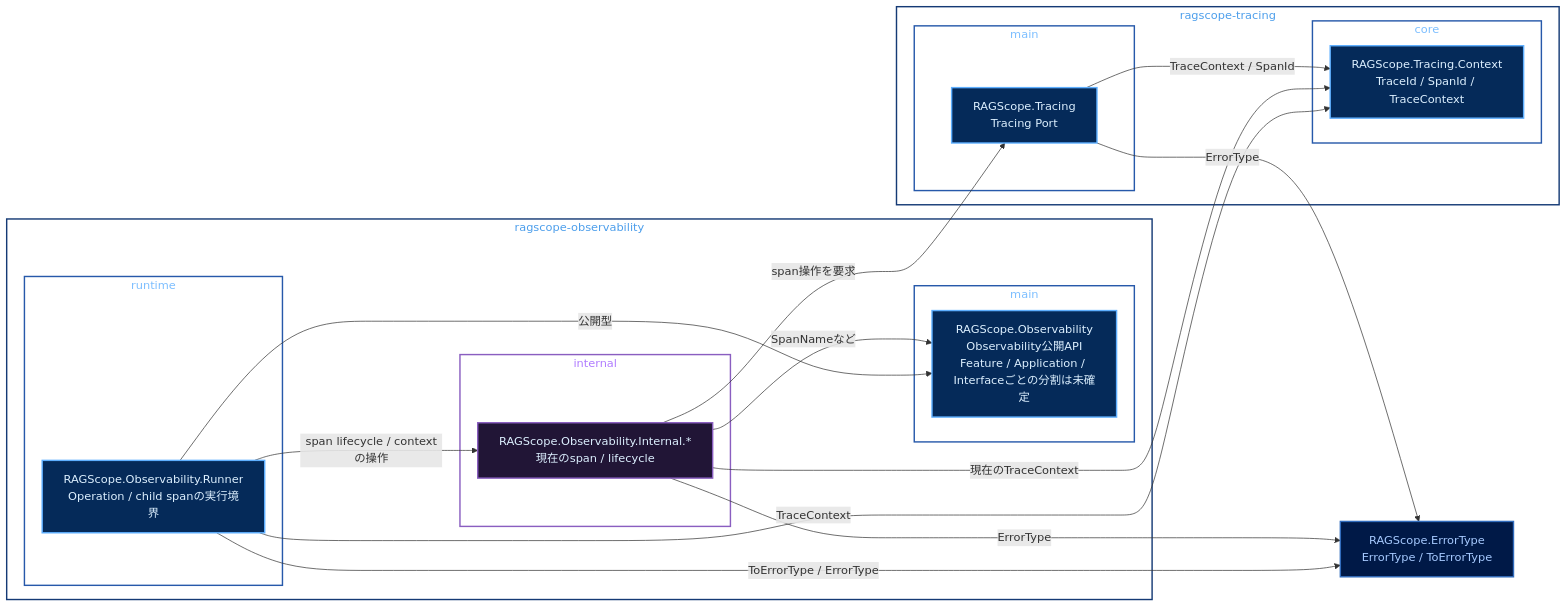
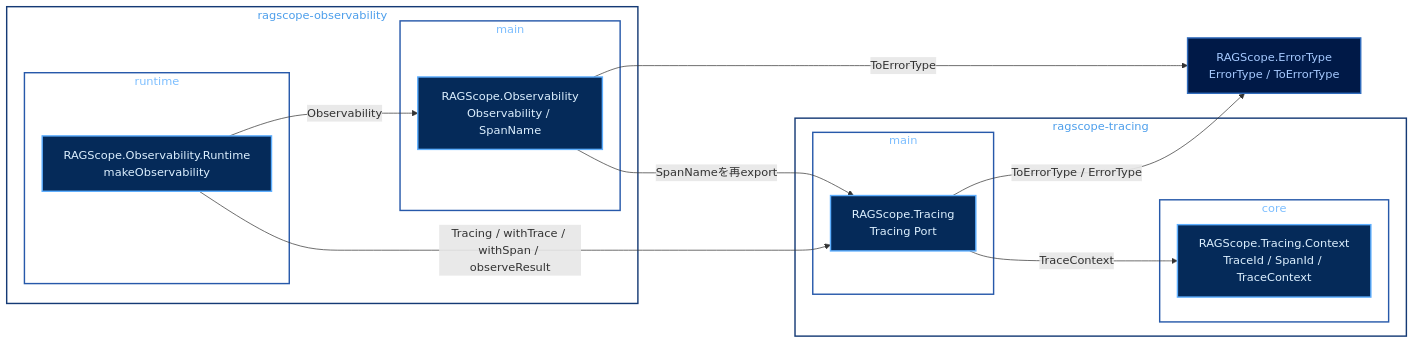
One commit to takashit16833/Workbench changed the diagram in Notes/RAGScope/RAGScopeアプリケーション/実行追跡・構造化ログ静的依存図 Observability・Tracing.md. Above: the diagram before and after it, drawn with Mermaid. The commit also changed other lines of this file, not shown here.

Commit message:
chore: sync observability tracing dependency view

````diff
--- a/Notes/RAGScope/RAGScopeアプリケーション/実行追跡・構造化ログ静的依存図 Observability・Tracing.md
+++ b/Notes/RAGScope/RAGScopeアプリケーション/実行追跡・構造化ログ静的依存図 Observability・Tracing.md
@@ -21,54 +21,44 @@
 ```mermaid
 flowchart LR
     subgraph pkg_obs["ragscope-observability"]
         subgraph obs_main_lib["main"]
-            obs["RAGScope.Observability<br/>Observability公開API<br/>Feature / Application / Interfaceごとの分割は未確定"]
+            obs["RAGScope.Observability<br/>Observability / SpanName"]
         end
         subgraph obs_runtime_lib["runtime"]
-            runner["RAGScope.Observability.Runner<br/>Operation / child spanの実行境界"]
-        end
-        subgraph obs_internal_lib["internal"]
-            internal["RAGScope.Observability.Internal.*<br/>現在のspan / lifecycle"]
+            runtime["RAGScope.Observability.Runtime<br/>makeObservability"]
         end
     end
 
     subgraph pkg_tracing["ragscope-tracing"]
         subgraph tracing_main_lib["main"]
             tracing["RAGScope.Tracing<br/>Tracing Port"]
         end
         subgraph tracing_core_lib["core"]
             context["RAGScope.Tracing.Context<br/>TraceId / SpanId / TraceContext"]
         end
     end
 
     error_type["RAGScope.ErrorType<br/>ErrorType / ToErrorType"]
 
-    runner -->|span lifecycle / contextの操作| internal
-    runner -->|公開型| obs
-    runner -->|ToErrorType / ErrorType| error_type
-    runner -->|TraceContext| context
+    obs -->|ToErrorType| error_type
+    obs -->|SpanNameを再export| tracing
 
-    internal -->|SpanNameなど| obs
-    internal -->|ErrorType| error_type
-    internal -->|span操作を要求| tracing
-    internal -->|現在のTraceContext| context
+    runtime -->|Observability| obs
+    runtime -->|Tracing / withTrace / withSpan / observeResult| tracing
 
-    tracing -->|ErrorType| error_type
-    tracing -->|TraceContext / SpanId| context
+    tracing -->|ToErrorType / ErrorType| error_type
+    tracing -->|TraceContext| context
 
     classDef public fill:#052A59,stroke:#5EAFFF,color:#DDF0FF,stroke-width:2px
-    classDef private fill:#211536,stroke:#8A5EC0,color:#DDF0FF,stroke-width:2px
     classDef outside fill:#001947,stroke:#316CBD,color:#A6CAFF,stroke-width:2px
 
-    class obs,runner,tracing,context public
-    class internal private
+    class obs,runtime,tracing,context public
     class error_type outside
 
     style pkg_obs fill:transparent,stroke:#153A75,color:#4C9EEB,stroke-width:2px
     style pkg_tracing fill:transparent,stroke:#153A75,color:#4C9EEB,stroke-width:2px
     style obs_main_lib fill:transparent,stroke:#2759AA,color:#7CBEFF,stroke-width:2px
     style obs_runtime_lib fill:transparent,stroke:#2759AA,color:#7CBEFF,stroke-width:2px
-    style obs_internal_lib fill:transparent,stroke:#8A5EC0,color:#B07CFF,stroke-width:2px
     style tracing_main_lib fill:transparent,stroke:#2759AA,color:#7CBEFF,stroke-width:2px
     style tracing_core_lib fill:transparent,stroke:#2759AA,color:#7CBEFF,stroke-width:2px
 ```
````
